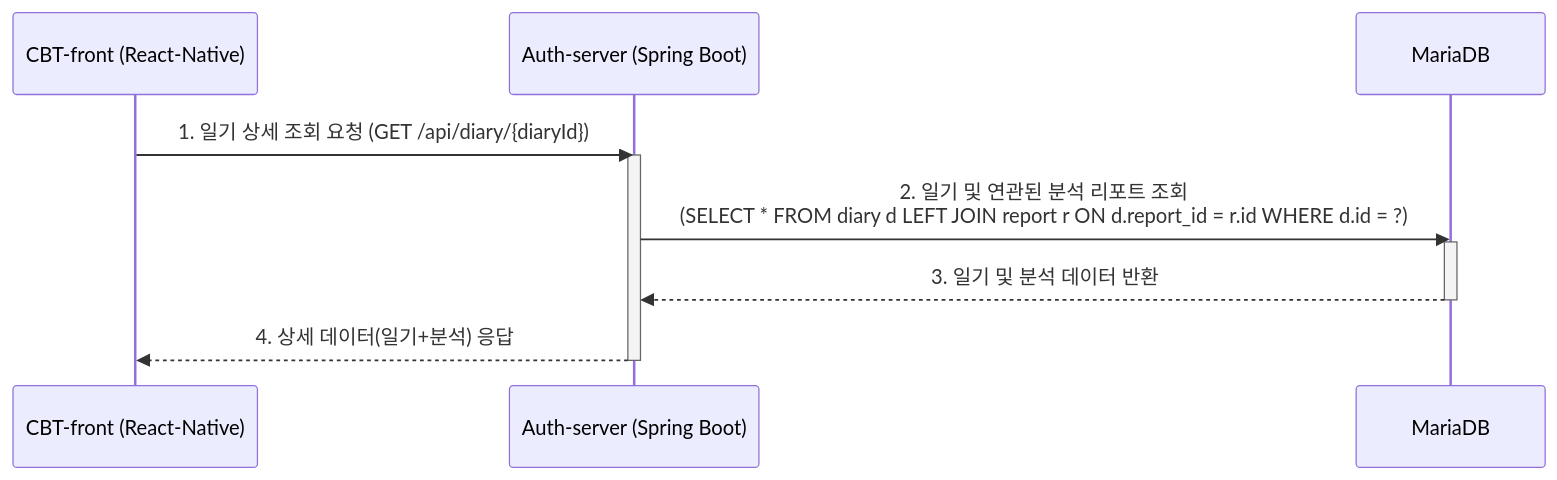
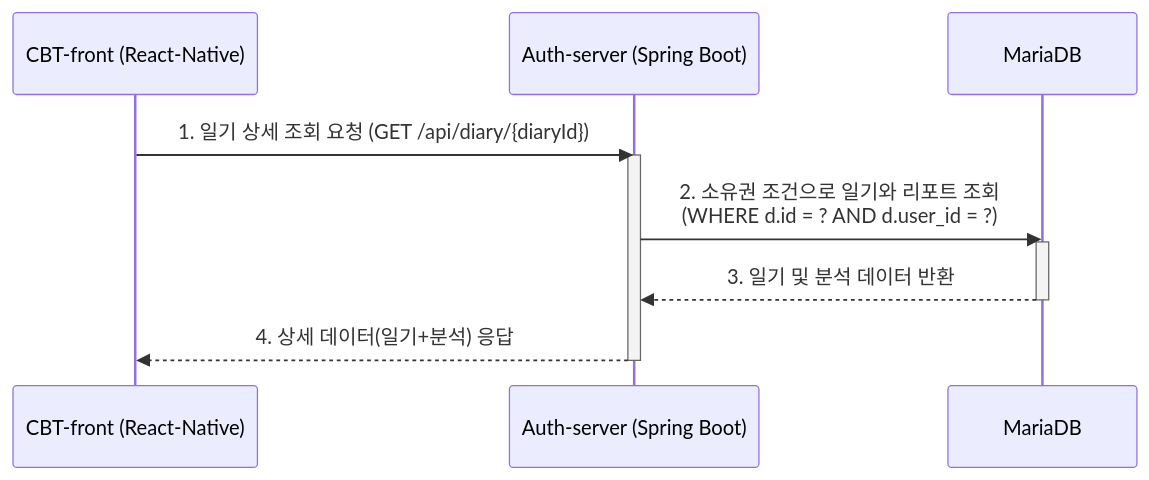
The fifth of 9 diagrams in content/docs/projects/cbt-system.md (choisimo/document), drawn with Mermaid before and after one commit. The commit also changed other lines of this file and 504 other files, not shown here.

````diff
--- a/content/docs/projects/cbt-system.md
+++ b/content/docs/projects/cbt-system.md
@@ -154,17 +169,17 @@
 ```mermaid
 sequenceDiagram
     participant Client as CBT-front (React-Native)
     participant AuthServer as Auth-server (Spring Boot)
     participant Database as MariaDB
 
     Client->>AuthServer: 1. 일기 상세 조회 요청 (GET /api/diary/{diaryId})
     activate AuthServer
 
-    AuthServer->>Database: 2. 일기 및 연관된 분석 리포트 조회 <br> (SELECT * FROM diary d LEFT JOIN report r ON d.report_id = r.id WHERE d.id = ?)
+    AuthServer->>Database: 2. 소유권 조건으로 일기와 리포트 조회 <br> (WHERE d.id = ? AND d.user_id = ?)
     activate Database
     Database-->>AuthServer: 3. 일기 및 분석 데이터 반환
     deactivate Database
 
     AuthServer-->>Client: 4. 상세 데이터(일기+분석) 응답
     deactivate AuthServer
 ```
````
